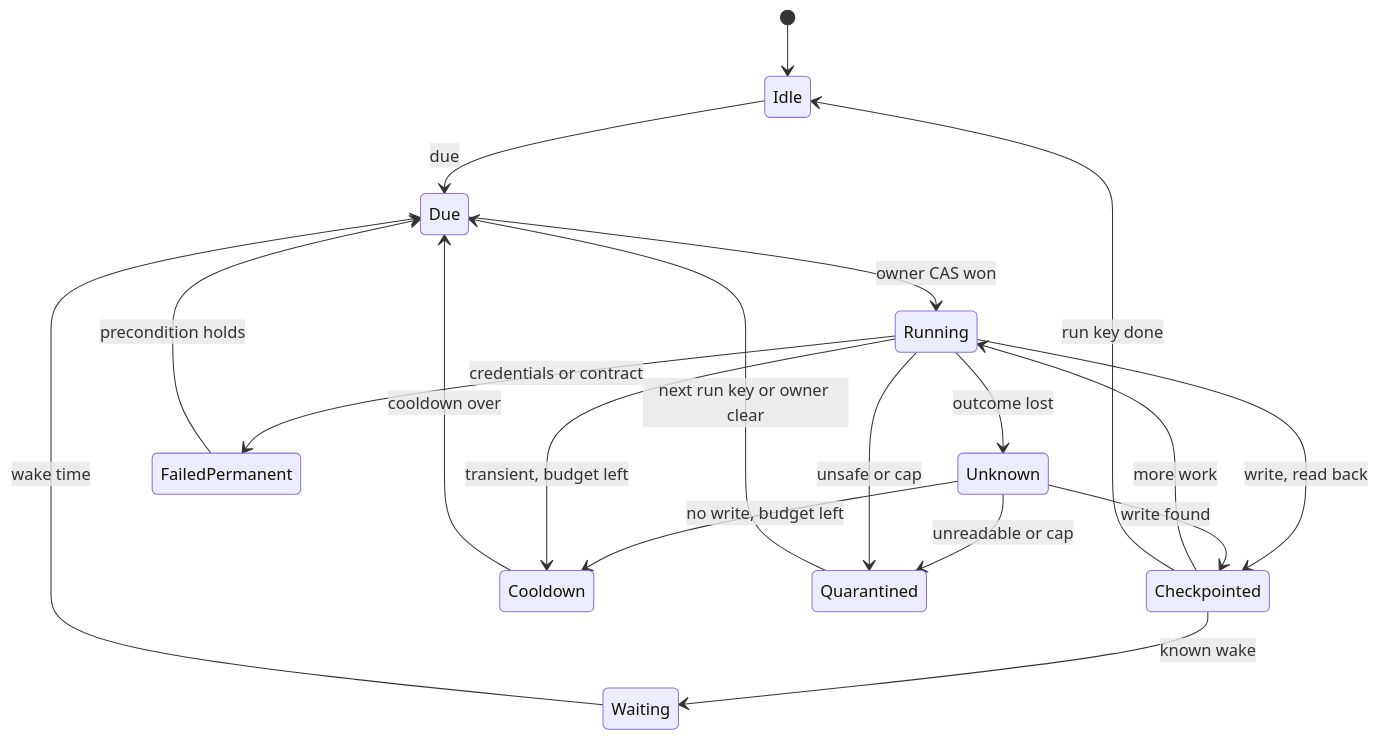
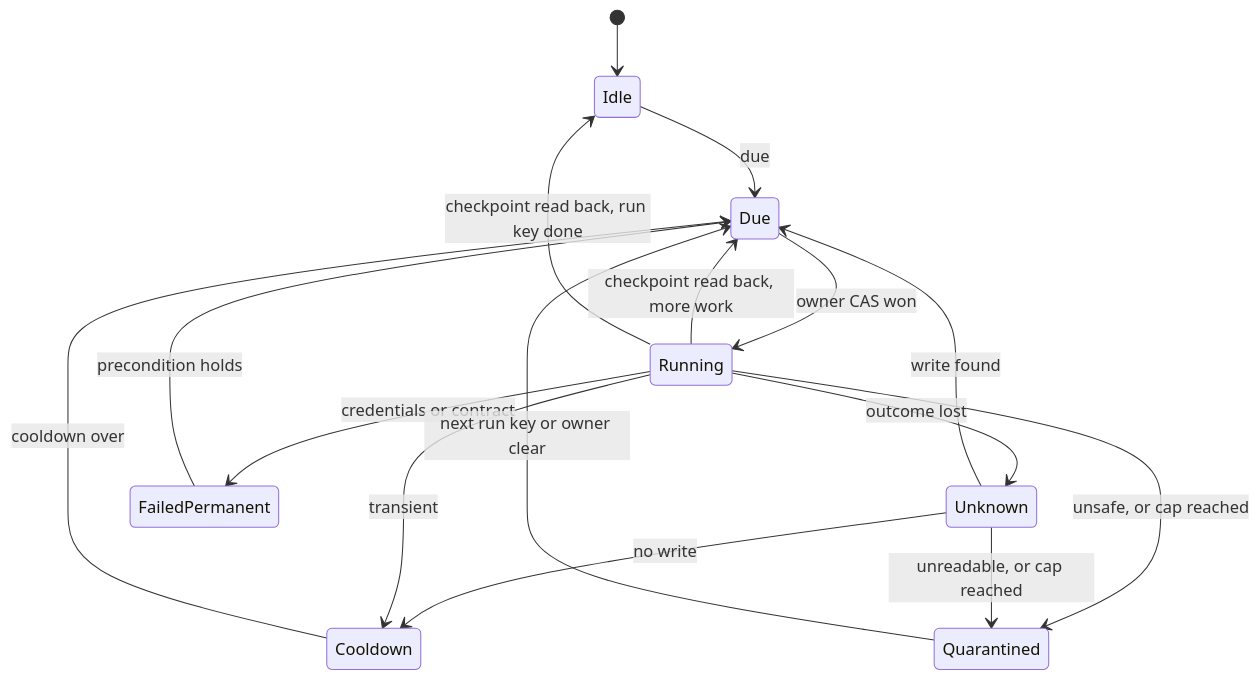
Before and after one commit to vladimino/iptv-watchlist: the eighth of 8 diagrams in docs/architecture/scheduling-and-orchestration.md, drawn with Mermaid. The commit also changed other lines of this file, not shown here.

Commit message:
AIR-345: compact proposed orchestration diagrams

````diff
--- a/docs/architecture/scheduling-and-orchestration.md
+++ b/docs/architecture/scheduling-and-orchestration.md
@@ -263,21 +255,18 @@
 ```mermaid
 stateDiagram-v2
     [*] --> Idle
     Idle --> Due: due
     Due --> Running: owner CAS won
-    Running --> Checkpointed: write, read back
-    Checkpointed --> Running: more work
-    Checkpointed --> Waiting: known wake
-    Checkpointed --> Idle: run key done
-    Waiting --> Due: wake time
+    Running --> Due: checkpoint read back, more work
+    Running --> Idle: checkpoint read back, run key done
     Running --> Unknown: outcome lost
-    Unknown --> Checkpointed: write found
-    Unknown --> Cooldown: no write, budget left
-    Running --> Cooldown: transient, budget left
+    Unknown --> Due: write found
+    Unknown --> Cooldown: no write
+    Running --> Cooldown: transient
     Cooldown --> Due: cooldown over
-    Unknown --> Quarantined: unreadable or cap
-    Running --> Quarantined: unsafe or cap
+    Running --> Quarantined: unsafe, or cap reached
+    Unknown --> Quarantined: unreadable, or cap reached
     Running --> FailedPermanent: credentials or contract
     FailedPermanent --> Due: precondition holds
     Quarantined --> Due: next run key or owner clear
 ```
````
